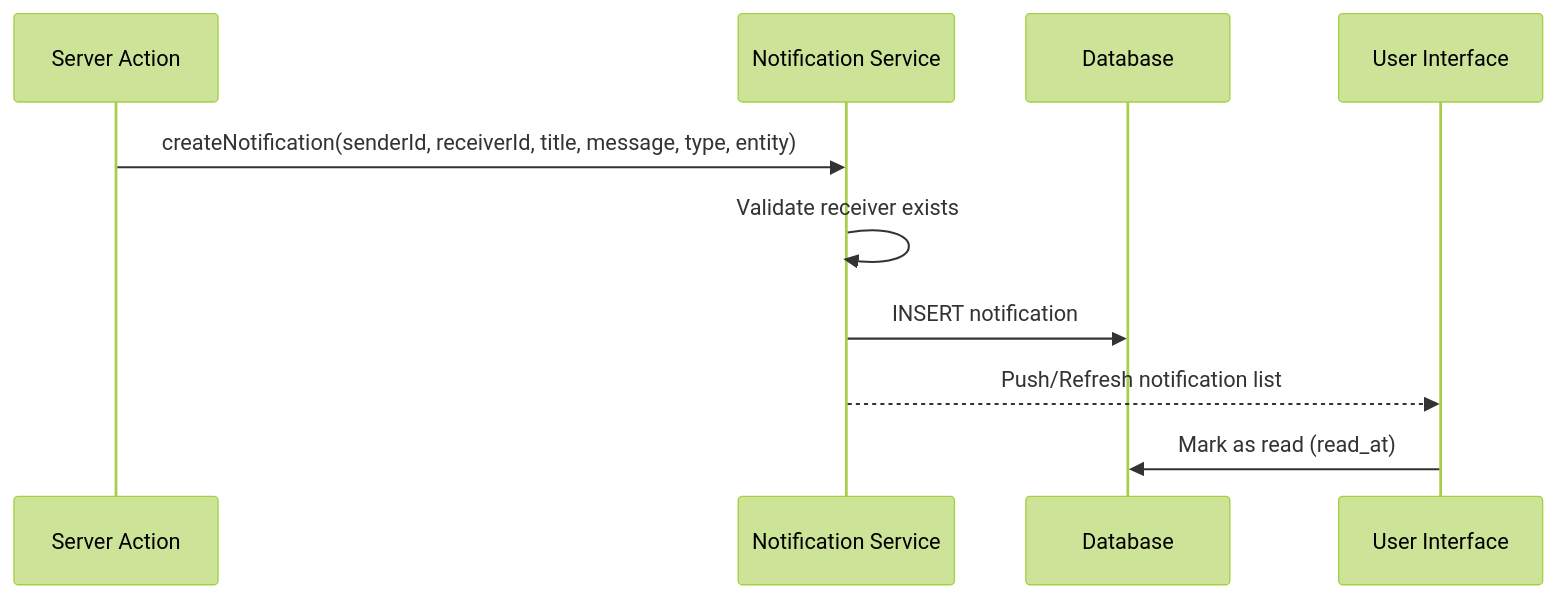
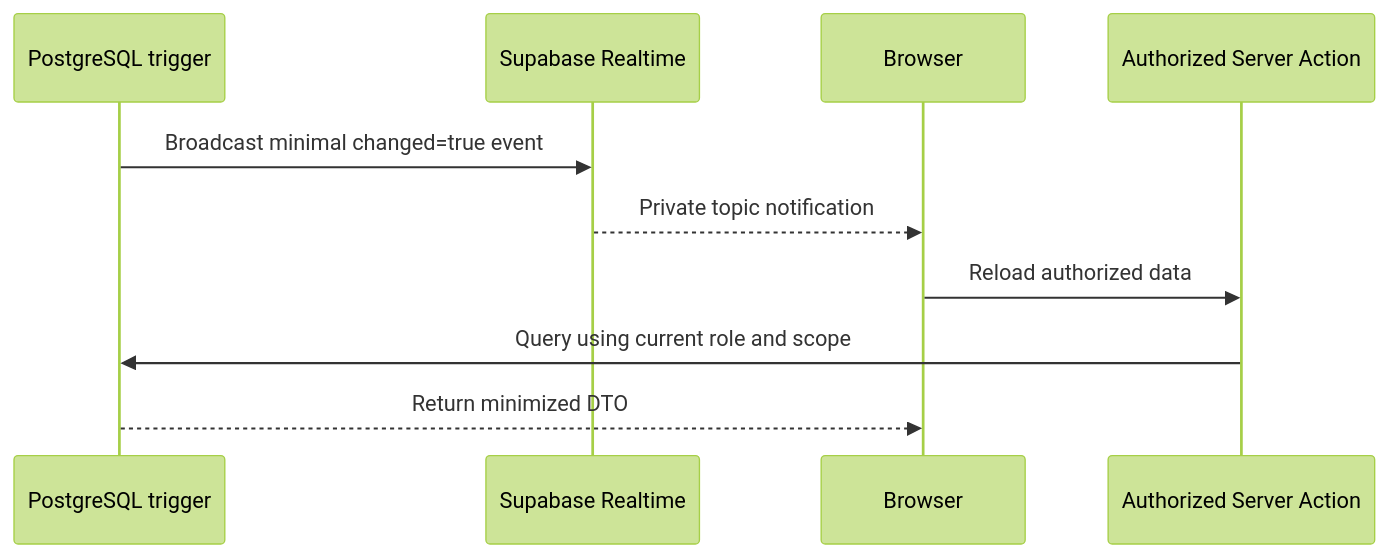
One commit to Tokise/Zentraq-backend changed the fourth of 13 diagrams in docs/SOFTWARE_ARCHITECTURE_DOCUMENT.md. Above: the diagram before and after it, drawn with Mermaid (forest theme). The commit also changed other lines of this file and 4 other files, not shown here.

````diff
--- a/docs/SOFTWARE_ARCHITECTURE_DOCUMENT.md
+++ b/docs/SOFTWARE_ARCHITECTURE_DOCUMENT.md
@@ -1844,13 +215,13 @@
 ```mermaid
 sequenceDiagram
-    participant SA as Server Action
-    participant NS as Notification Service
-    participant DB as Database
-    participant UI as User Interface
+    participant DB as PostgreSQL trigger
+    participant RT as Supabase Realtime
+    participant Browser
+    participant Action as Authorized Server Action
 
-    SA->>NS: createNotification(senderId, receiverId, title, message, type, entity)
-    NS->>NS: Validate receiver exists
-    NS->>DB: INSERT notification
-    NS-->>UI: Push/Refresh notification list
-    UI->>DB: Mark as read (read_at)
+    DB->>RT: Broadcast minimal changed=true event
+    RT-->>Browser: Private topic notification
+    Browser->>Action: Reload authorized data
+    Action->>DB: Query using current role and scope
+    DB-->>Browser: Return minimized DTO
 ```
````
